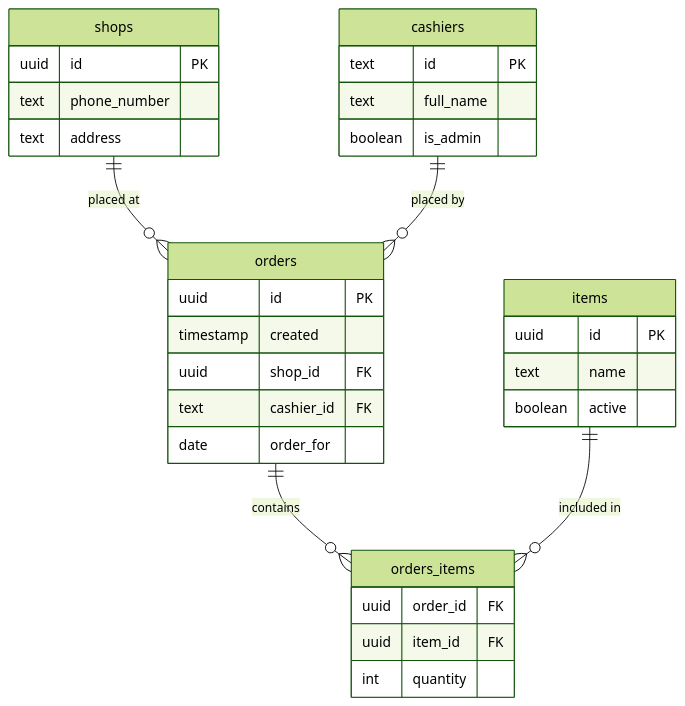
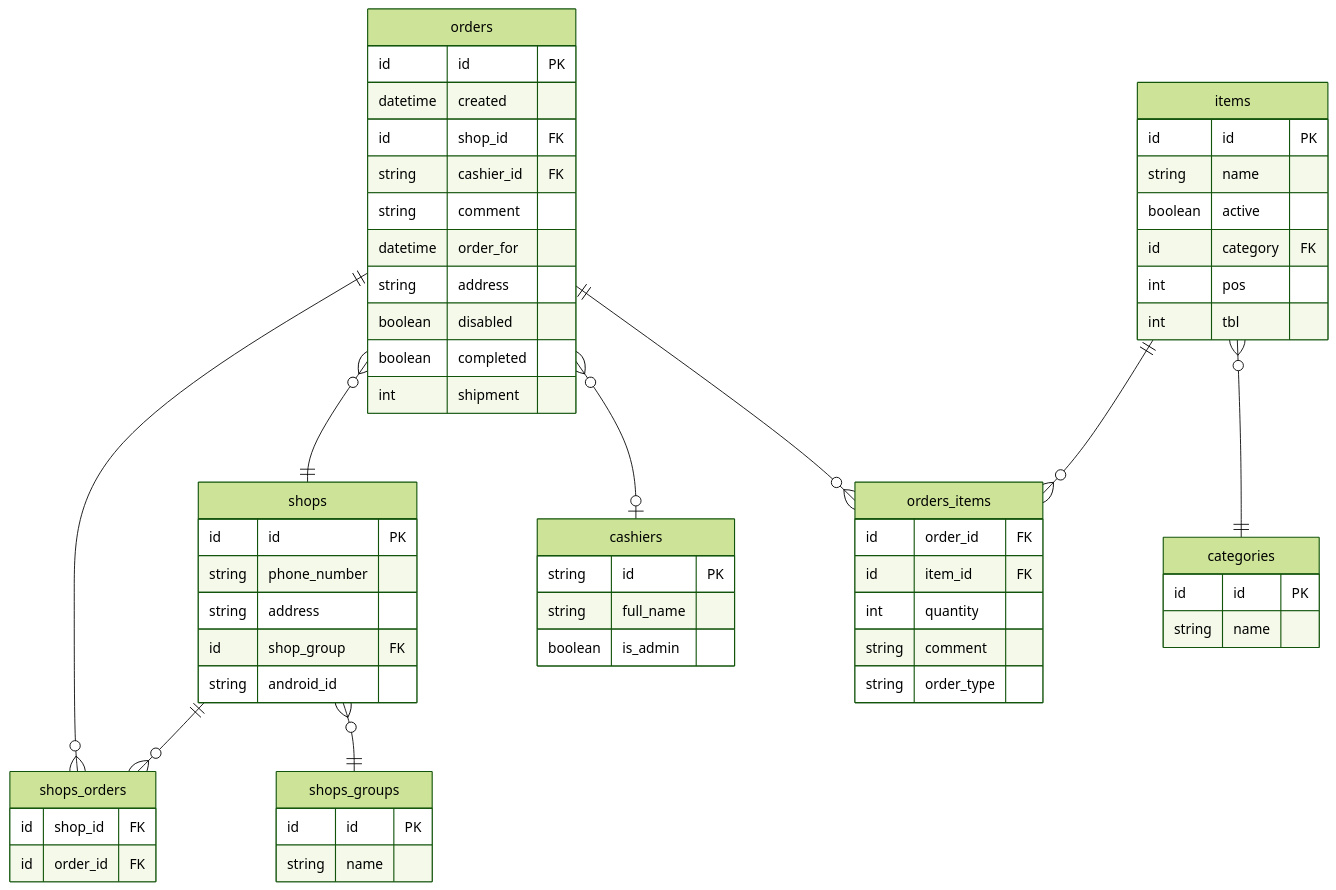
The diagram in README.md (slavikyd/vanil_web), drawn with Mermaid (forest theme) before and after one commit. The commit also changed 1 other file, not shown here.

Commit message:
updated er schema

````diff
--- a/README.md
+++ b/README.md
@@ -1,39 +1,70 @@
 ```mermaid
 erDiagram
     shops {
-        uuid id PK
-        text phone_number
-        text address
+        id id PK
+        string phone_number
+        string address
+        id shop_group FK
+        string android_id
     }
+
+    shops_groups {
+        id id PK
+        string name
+    }
+
+    shops_orders {
+        id shop_id FK
+        id order_id FK
+    }
+
+    orders {
+        id id PK
+        datetime created
+        id shop_id FK
+        string cashier_id FK
+        string comment
+        datetime order_for
+        string address
+        boolean disabled
+        boolean completed
+        int shipment
+    }
+
+    orders_items {
+        id order_id FK
+        id item_id FK
+        int quantity
+        string comment
+        string order_type
+    }
+
     items {
-        uuid id PK
-        text name
+        id id PK
+        string name
+        boolean active
+        id category FK
+        int pos
+        int tbl
+    }
 
-        boolean active
+    categories {
+        id id PK
+        string name
     }
 
     cashiers {
-        text id PK
-        text full_name
+        string id PK
+        string full_name
         boolean is_admin
     }
-    orders {
-        uuid id PK
-        timestamp created
-        uuid shop_id FK
-        text cashier_id FK
-        date order_for
-    }
-    orders_items {
-        uuid order_id FK
-        uuid item_id FK
-        int quantity
-    }
 
-
-    shops ||--o{ orders : "placed at"
-    cashiers ||--o{ orders : "placed by"
-    orders ||--o{ orders_items : "contains"
-    items ||--o{ orders_items : "included in"
-
+    shops ||--o{ shops_orders : ""
+    orders ||--o{ shops_orders : ""
+    shops }o--|| shops_groups : ""
+    orders }o--|| shops : ""
+    orders }o--o| cashiers : ""
+    orders ||--o{ orders_items : ""
+    items ||--o{ orders_items : ""
+    items }o--|| categories : ""
 ```
````
